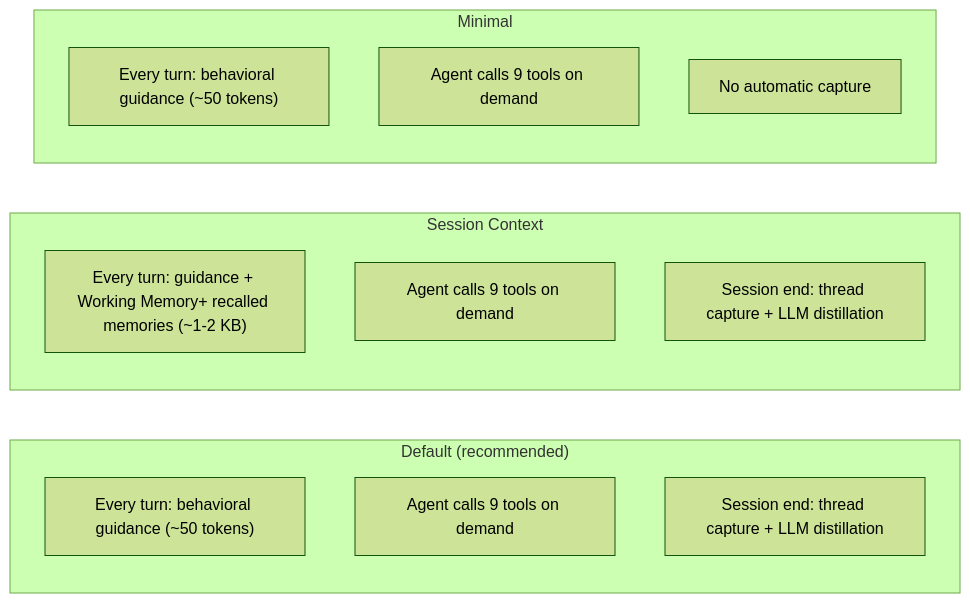
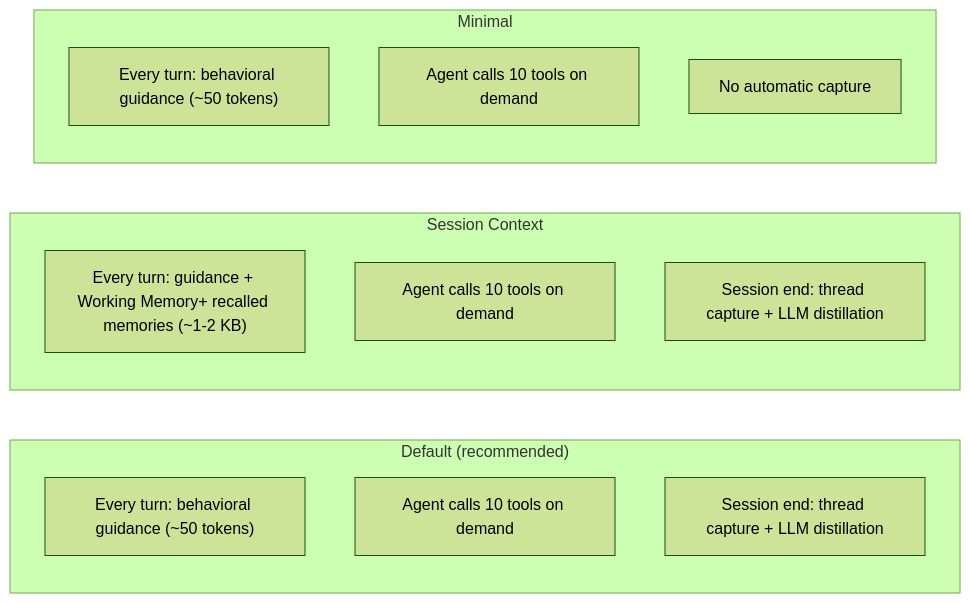
Before and after one commit to nowledge-co/community: the fifth of 5 diagrams in nowledge-mem-openclaw-plugin/README.md, drawn with Mermaid (forest theme). The commit also changed other lines of this file and 4 other files, not shown here.

````diff
--- a/nowledge-mem-openclaw-plugin/README.md
+++ b/nowledge-mem-openclaw-plugin/README.md
@@ -151,23 +152,23 @@
 ```mermaid
 flowchart LR
     subgraph "default" ["Default (recommended)"]
         direction TB
         D1["Every turn: behavioral guidance (~50 tokens)"]
-        D2["Agent calls 9 tools on demand"]
+        D2["Agent calls 10 tools on demand"]
         D3["Session end: thread capture + LLM distillation"]
     end
 
     subgraph context ["Session Context"]
         direction TB
         C1["Every turn: guidance + Working Memory+ recalled memories (~1-2 KB)"]
-        C2["Agent calls 9 tools on demand"]
+        C2["Agent calls 10 tools on demand"]
         C3["Session end: thread capture + LLM distillation"]
     end
 
     subgraph minimal ["Minimal"]
         direction TB
         M1["Every turn: behavioral guidance (~50 tokens)"]
-        M2["Agent calls 9 tools on demand"]
+        M2["Agent calls 10 tools on demand"]
         M3["No automatic capture"]
     end
 ```
````
